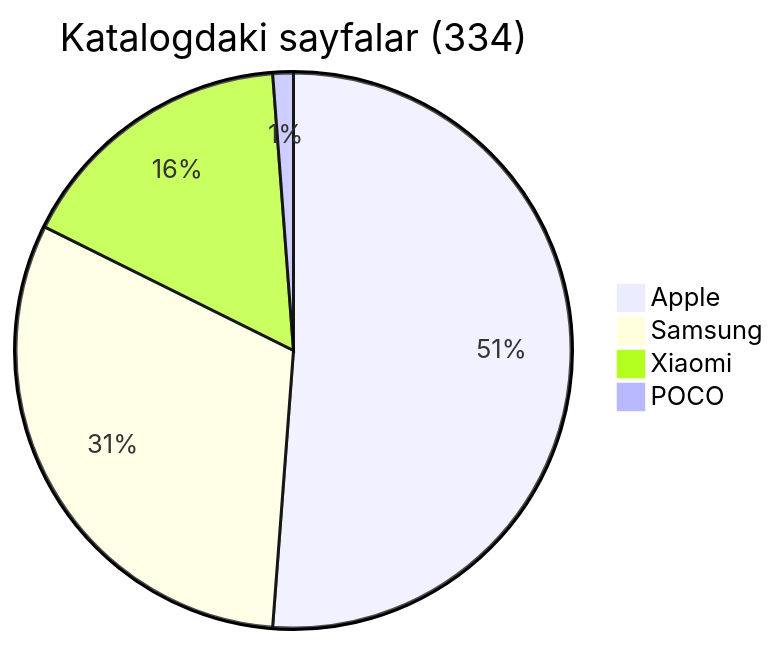
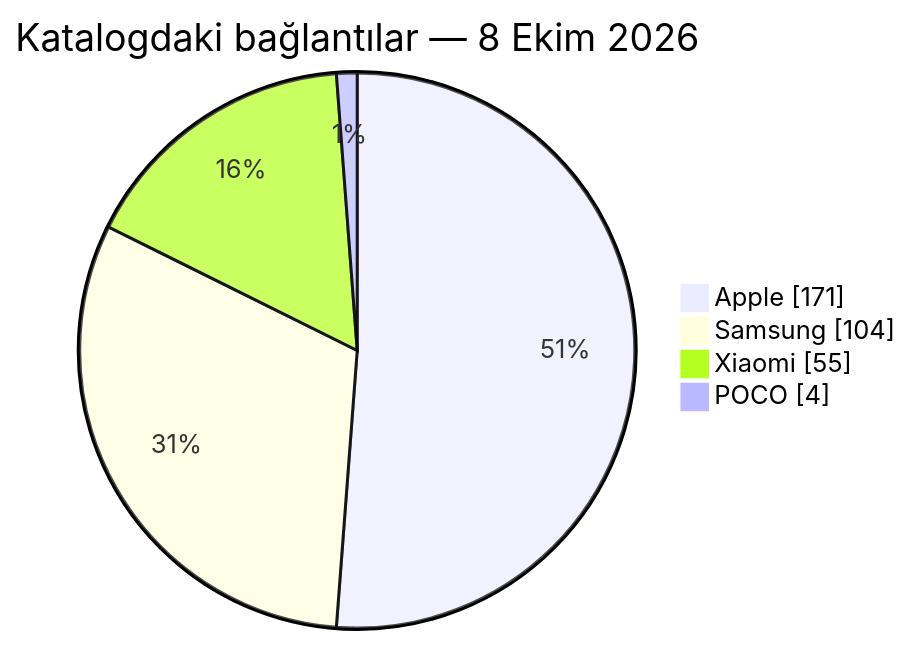
One commit to Emir-Ars/Urun-indirim-takip changed the second of 2 diagrams in README.md. Above: the diagram before and after it, drawn with Mermaid. The commit also changed other lines of this file and 3 other files, not shown here.

````diff
--- a/README.md
+++ b/README.md
@@ -96,7 +77,8 @@
 ```mermaid
-pie title Katalogdaki sayfalar (334)
+pie showData
+    title Katalogdaki bağlantılar — 8 Ekim 2026
     "Apple" : 171
     "Samsung" : 104
     "Xiaomi" : 55
     "POCO" : 4
 ```
````
